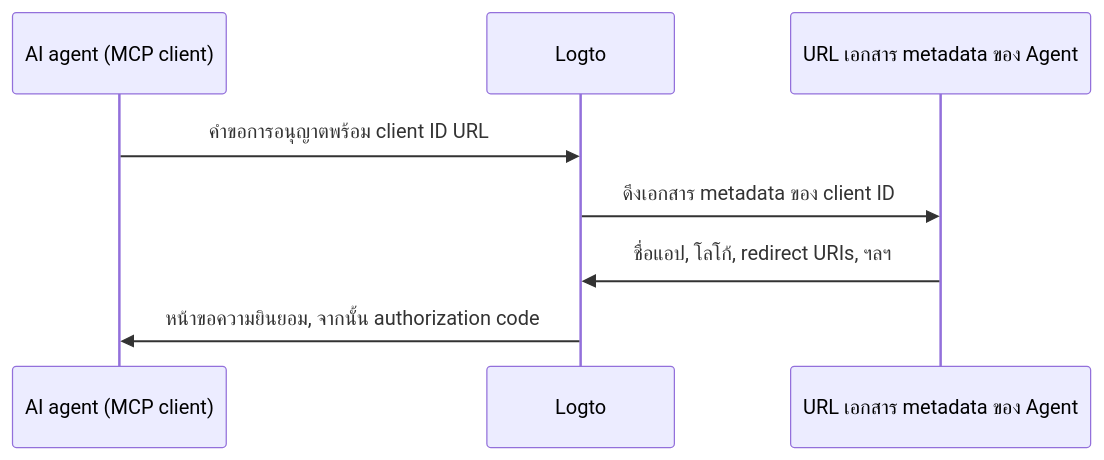
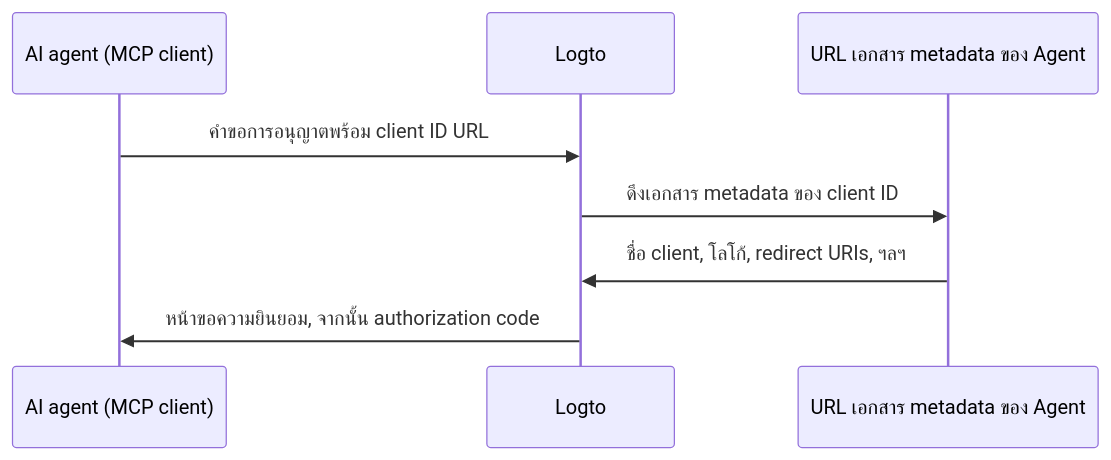
The second of 2 diagrams in i18n/th/docusaurus-plugin-content-docs/current/use-cases/ai/fragments/_configure-third-party-ai-agent.mdx (logto-io/docs), drawn with Mermaid before and after one commit. The commit also changed other lines of this file and 89 other files, not shown here.

````diff
--- a/i18n/th/docusaurus-plugin-content-docs/current/use-cases/ai/fragments/_configure-third-party-ai-agent.mdx
+++ b/i18n/th/docusaurus-plugin-content-docs/current/use-cases/ai/fragments/_configure-third-party-ai-agent.mdx
@@ -42,10 +42,10 @@
 ```mermaid
 sequenceDiagram
   participant Agent as AI agent (MCP client)
   participant Logto
   participant Metadata as URL เอกสาร metadata ของ Agent
   Agent->>Logto: คำขอการอนุญาตพร้อม client ID URL
   Logto->>Metadata: ดึงเอกสาร metadata ของ client ID
-  Metadata->>Logto: ชื่อแอป, โลโก้, redirect URIs, ฯลฯ
+  Metadata->>Logto: ชื่อ client, โลโก้, redirect URIs, ฯลฯ
   Logto->>Agent: หน้าขอความยินยอม, จากนั้น authorization code
 ```
````
